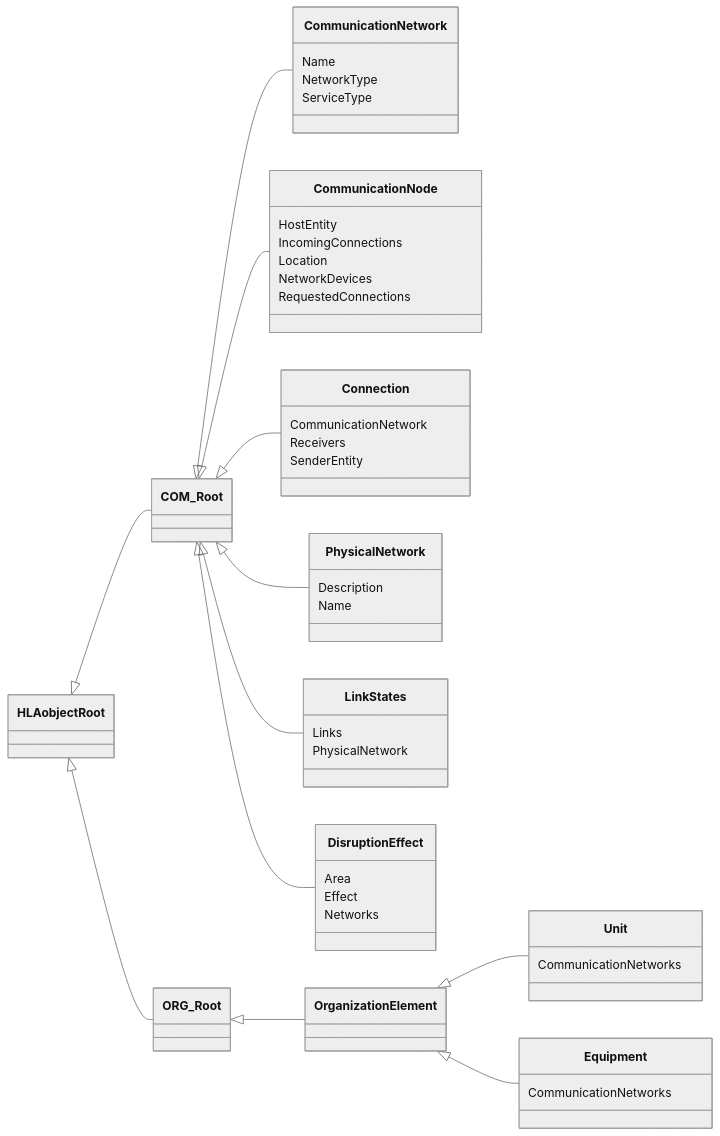
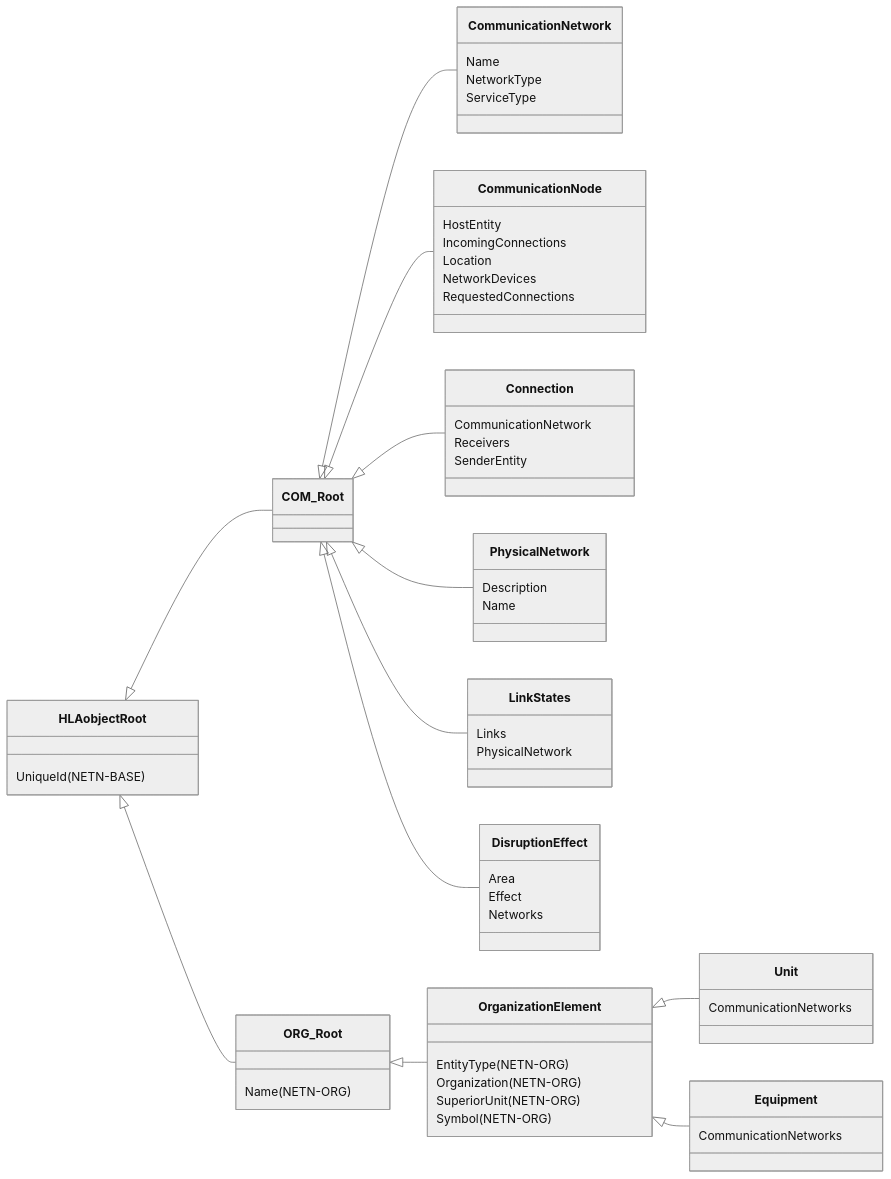
One commit to AMSP-04/NETN-COM changed the first of 2 diagrams in NETN-COM.md. Above: the diagram before and after it, drawn with Mermaid (neutral theme). The commit also changed other lines of this file and 1 other file, not shown here.

````diff
--- a/NETN-COM.md
+++ b/NETN-COM.md
@@ -17,36 +17,42 @@
 ```mermaid
 classDiagram 
 direction LR
 
 HLAobjectRoot <|-- COM_Root
 HLAobjectRoot <|-- ORG_Root
+HLAobjectRoot : UniqueId(NETN-BASE)
 COM_Root <|-- CommunicationNetwork
 COM_Root <|-- CommunicationNode
 COM_Root <|-- Connection
 COM_Root <|-- PhysicalNetwork
 COM_Root <|-- LinkStates
 COM_Root <|-- DisruptionEffect
 CommunicationNetwork : Name
 CommunicationNetwork : NetworkType
 CommunicationNetwork : ServiceType
 CommunicationNode : HostEntity
 CommunicationNode : IncomingConnections
 CommunicationNode : Location
 CommunicationNode : NetworkDevices
 CommunicationNode : RequestedConnections
 Connection : CommunicationNetwork
 Connection : Receivers
 Connection : SenderEntity
 PhysicalNetwork : Description
 PhysicalNetwork : Name
 LinkStates : Links
 LinkStates : PhysicalNetwork
 DisruptionEffect : Area
 DisruptionEffect : Effect
 DisruptionEffect : Networks
 ORG_Root <|-- OrganizationElement
+ORG_Root : Name(NETN-ORG)
 OrganizationElement <|-- Unit
 OrganizationElement <|-- Equipment
+OrganizationElement : EntityType(NETN-ORG)
+OrganizationElement : Organization(NETN-ORG)
+OrganizationElement : SuperiorUnit(NETN-ORG)
+OrganizationElement : Symbol(NETN-ORG)
 Unit : CommunicationNetworks
 Equipment : CommunicationNetworks
 ```
````
